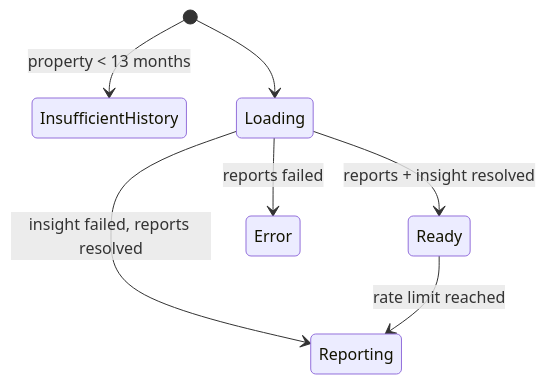
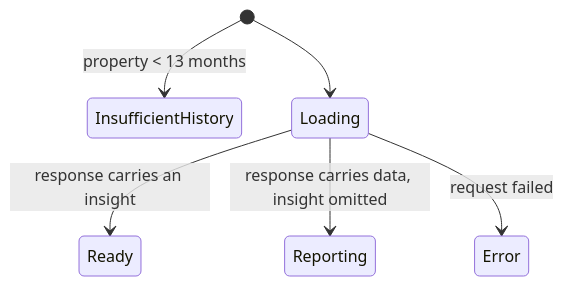
The second of 2 diagrams in docs/epics/performance-benchmarking/design-doc.md (google/site-kit-wp), drawn with Mermaid before and after one commit. The commit also changed other lines of this file, not shown here.

````diff
--- a/docs/epics/performance-benchmarking/design-doc.md
+++ b/docs/epics/performance-benchmarking/design-doc.md
@@ -218,9 +233,8 @@
 ```mermaid
 stateDiagram-v2
     [*] --> InsufficientHistory: property < 13 months
     [*] --> Loading
-    Loading --> Ready: reports + insight resolved
-    Loading --> Reporting: insight failed, reports resolved
-    Loading --> Error: reports failed
-    Ready --> Reporting: rate limit reached
+    Loading --> Ready: response carries an insight
+    Loading --> Reporting: response carries data, insight omitted
+    Loading --> Error: request failed
 ```
````
